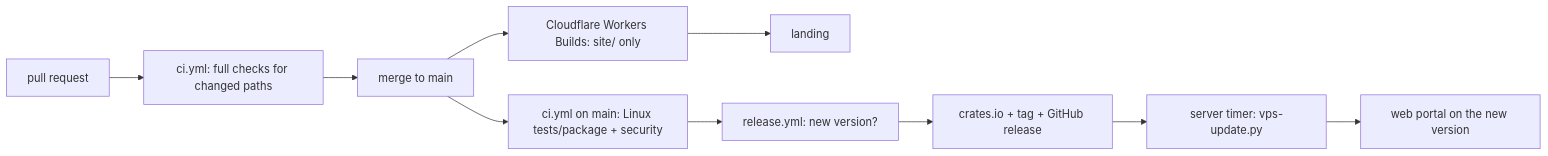
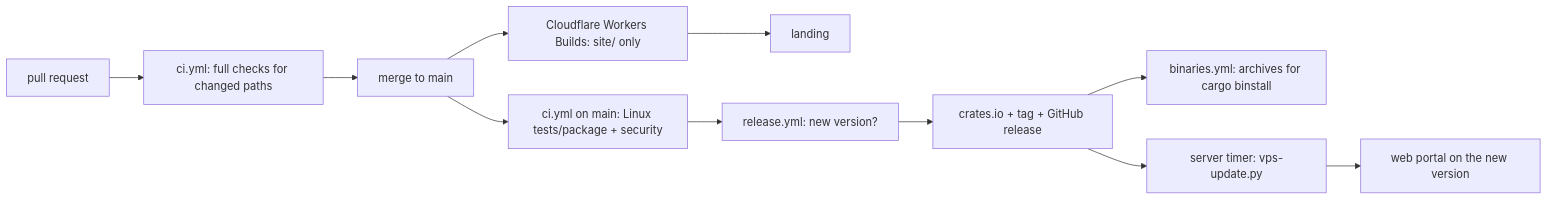
One commit to elvisbrevi/personal-teams-assistant changed the diagram in docs/delivery.md. Above: the diagram before and after it, drawn with Mermaid. The commit also changed other lines of this file and 14 other files, not shown here.

````diff
--- a/docs/delivery.md
+++ b/docs/delivery.md
@@ -5,7 +5,8 @@
 ```mermaid
 flowchart LR
   PR[pull request] --> CI[ci.yml: full checks for changed paths] --> M[merge to main]
   M --> CF[Cloudflare Workers Builds: site/ only] --> L[landing]
   M --> CI2[ci.yml on main: Linux tests/package + security] --> R[release.yml: new version?] --> C[crates.io + tag + GitHub release]
+  C --> B[binaries.yml: archives for cargo binstall]
   C --> U[server timer: vps-update.py] --> P[web portal on the new version]
 ```
````
